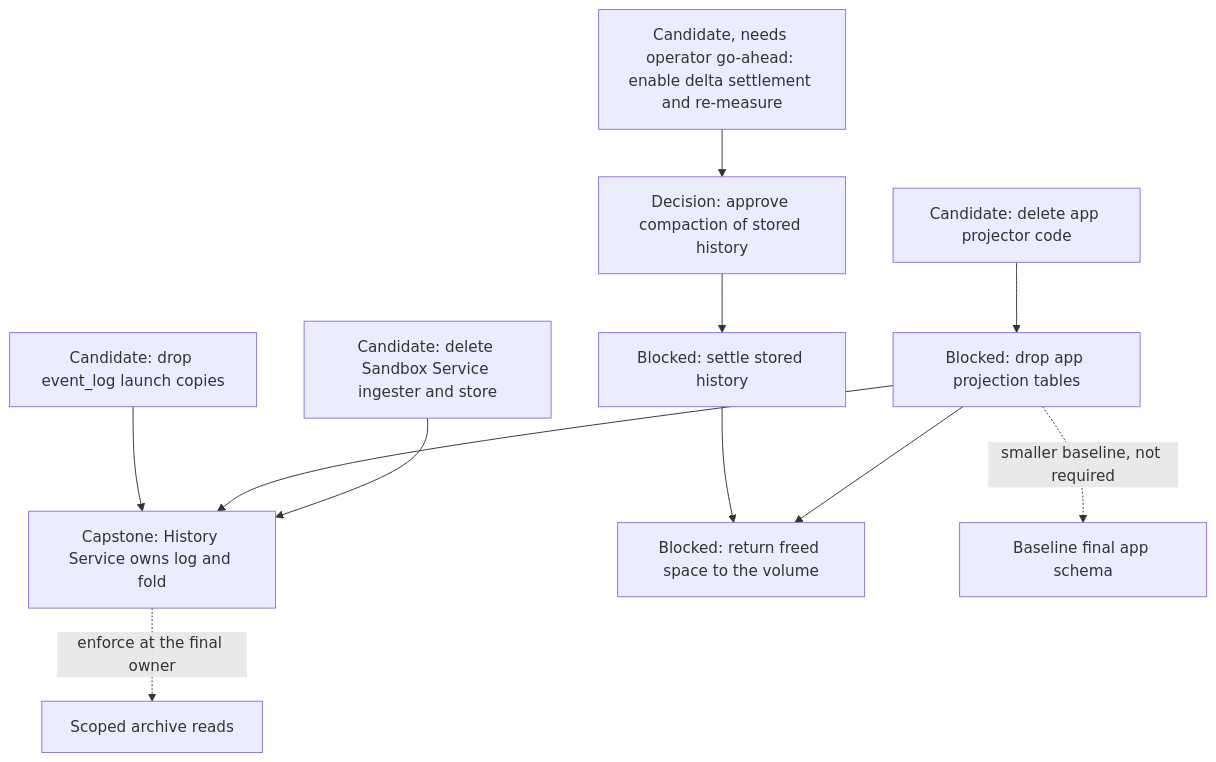
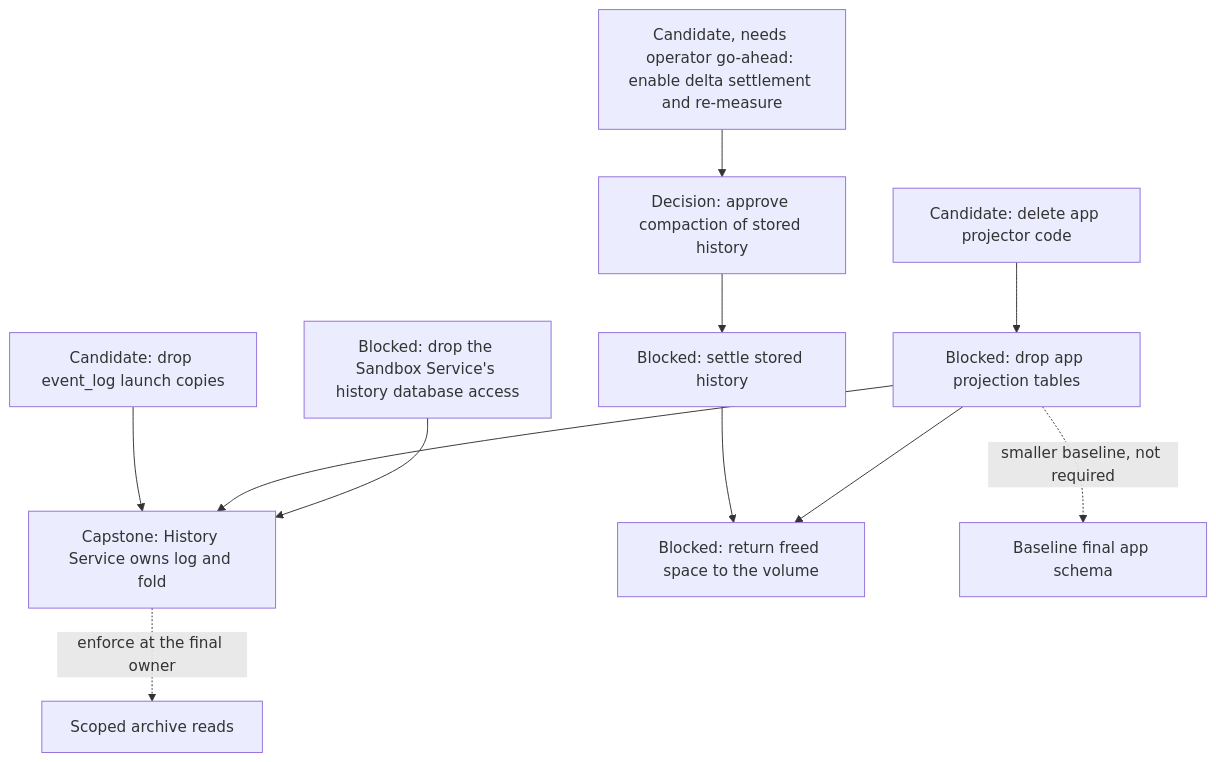
The eighth of 12 diagrams in agentplane/plans/task_dag.md (agentydragon-agent/ducktape), drawn with Mermaid before and after one commit. The commit also changed other lines of this file and 22 other files, not shown here.

````diff
--- a/agentplane/plans/task_dag.md
+++ b/agentplane/plans/task_dag.md
@@ -580,24 +580,24 @@
 ```mermaid
 flowchart TD
-    SANDBOX_LOCAL_HISTORY_RETIRE[Candidate: delete Sandbox Service ingester and store]
+    SANDBOX_LOCAL_HISTORY_RETIRE[Blocked: drop the Sandbox Service's history database access]
     APP_PROJECTOR_RETIRE[Candidate: delete app projector code]
     APP_PROJECTION_RETIRE[Blocked: drop app projection tables]
     APP_EVENT_LOG_COPIES_RETIRE[Candidate: drop event_log launch copies]
     HISTORY_SERVICE_OWNERSHIP[Capstone: History Service owns log and fold]
     SESSION_EVENT_RETENTION_ENABLE[Candidate, needs operator go-ahead: enable delta settlement and re-measure]
     SESSION_EVENT_COMPACTION_PLAN[Decision: approve compaction of stored history]
     SESSION_EVENT_COMPACTION[Blocked: settle stored history]
     HISTORY_REPACK[Blocked: return freed space to the volume]
     APP_ALEMBIC_SQUASH[Baseline final app schema]
     THREAD_READ_POLICY[Scoped archive reads]
     APP_PROJECTOR_RETIRE --> APP_PROJECTION_RETIRE
     APP_EVENT_LOG_COPIES_RETIRE --> HISTORY_SERVICE_OWNERSHIP
     APP_PROJECTION_RETIRE --> HISTORY_SERVICE_OWNERSHIP
     SANDBOX_LOCAL_HISTORY_RETIRE --> HISTORY_SERVICE_OWNERSHIP
     SESSION_EVENT_RETENTION_ENABLE --> SESSION_EVENT_COMPACTION_PLAN
     SESSION_EVENT_COMPACTION_PLAN --> SESSION_EVENT_COMPACTION
     SESSION_EVENT_COMPACTION --> HISTORY_REPACK
     APP_PROJECTION_RETIRE --> HISTORY_REPACK
     APP_PROJECTION_RETIRE -. smaller baseline, not required .-> APP_ALEMBIC_SQUASH
     HISTORY_SERVICE_OWNERSHIP -. enforce at the final owner .-> THREAD_READ_POLICY
 ```
````
